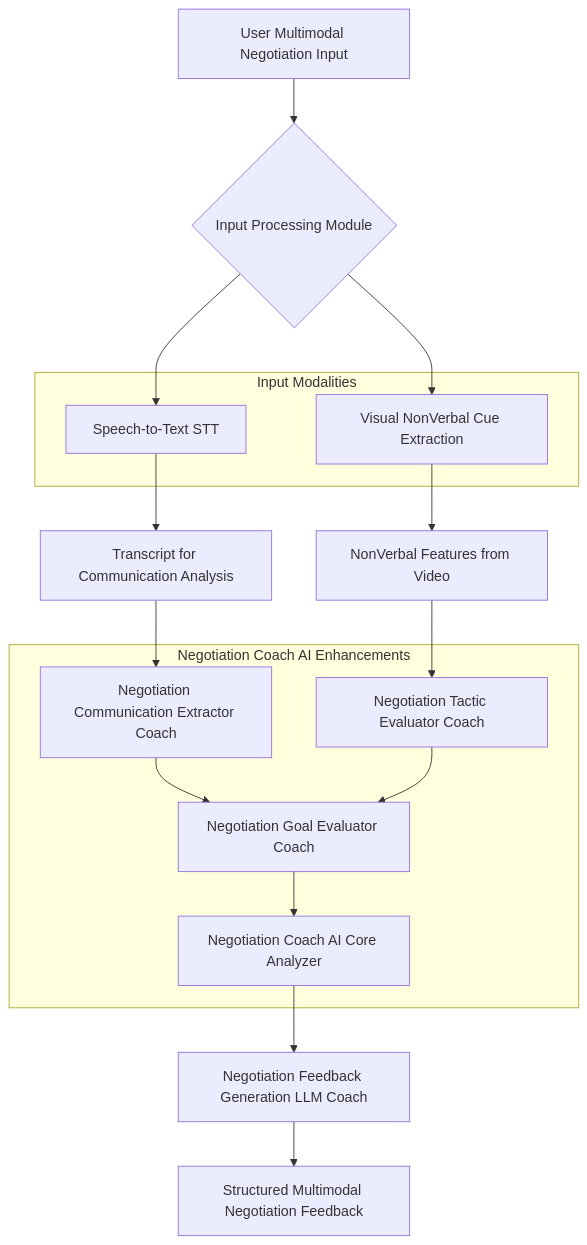
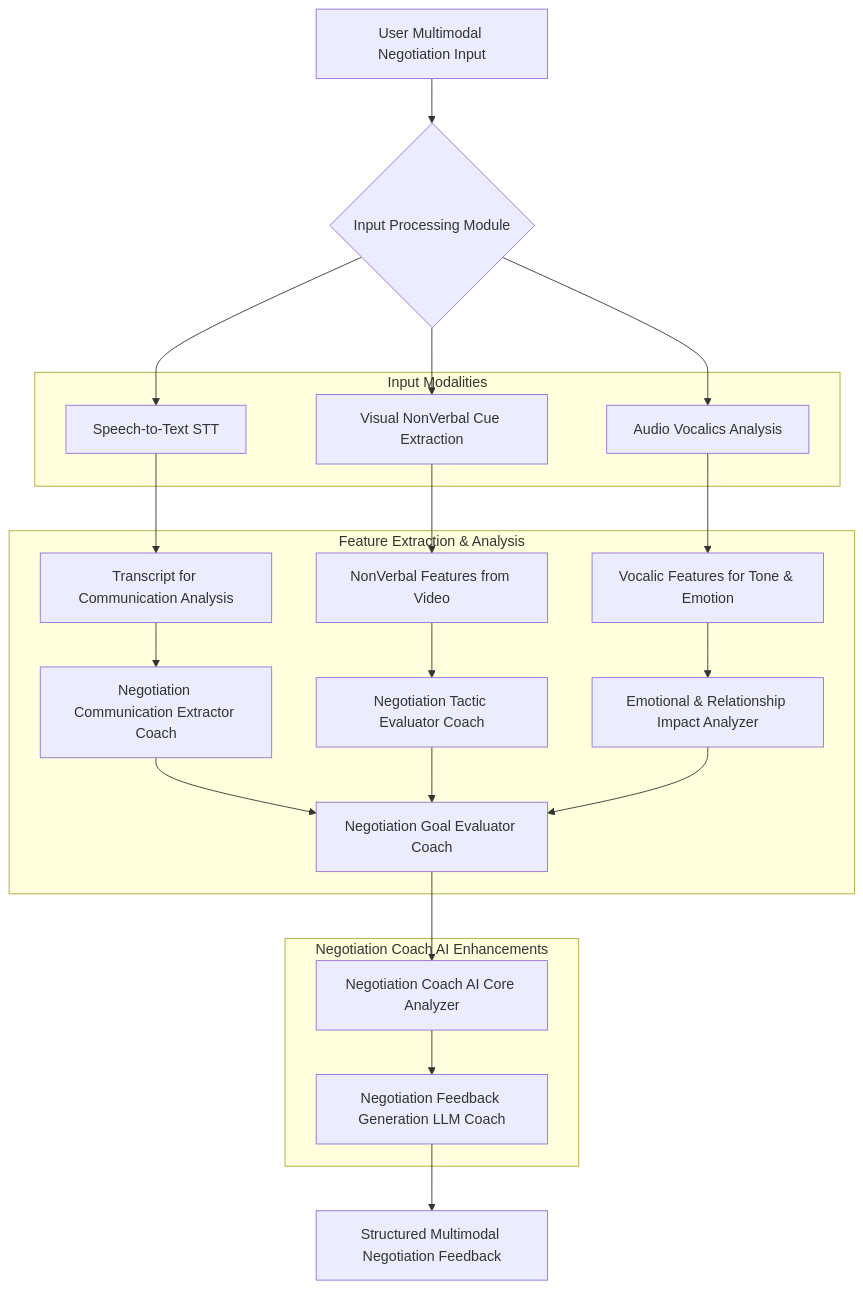
The fifth of 10 diagrams in inventions/inventions/020_adaptive_negotiation_training_simulation.md (diplomat-bit/Citibank_Demo_Business_Inc_Demonstration-), drawn with Mermaid before and after one commit. The commit also changed other lines of this file, not shown here.

Commit message:
[AI] Edit: inventions/inventions/020_adaptive_negotiation_training_simulation.md

````diff
--- a/inventions/inventions/020_adaptive_negotiation_training_simulation.md
+++ b/inventions/inventions/020_adaptive_negotiation_training_simulation.md
@@ -156,25 +181,37 @@
 ```mermaid
 graph TD
     A[User Multimodal Negotiation Input] --> B{Input Processing Module}
     B --> C[Speech-to-Text STT]
     B --> D[Visual NonVerbal Cue Extraction]
-    C --> E[Transcript for Communication Analysis]
-    D --> F[NonVerbal Features from Video]
-    E --> G[Negotiation Communication Extractor Coach]
-    F --> H[Negotiation Tactic Evaluator Coach]
-    G --> I[Negotiation Goal Evaluator Coach]
-    H --> I
-    I --> J[Negotiation Coach AI Core Analyzer]
-    J --> K[Negotiation Feedback Generation LLM Coach]
-    K --> L[Structured Multimodal Negotiation Feedback]
+    B --> E[Audio Vocalics Analysis]
+    C --> F[Transcript for Communication Analysis]
+    D --> G[NonVerbal Features from Video]
+    E --> H[Vocalic Features for Tone & Emotion]
+    F --> I[Negotiation Communication Extractor Coach]
+    G --> J[Negotiation Tactic Evaluator Coach]
+    H --> K[Emotional & Relationship Impact Analyzer]
+    I --> L[Negotiation Goal Evaluator Coach]
+    J --> L
+    K --> L
+    L --> M[Negotiation Coach AI Core Analyzer]
+    M --> N[Negotiation Feedback Generation LLM Coach]
+    N --> P[Structured Multimodal Negotiation Feedback]
     subgraph Input Modalities
         C
         D
+        E
     end
-    subgraph Negotiation Coach AI Enhancements
+    subgraph Feature Extraction & Analysis
+        F
         G
         H
         I
         J
+        K
+        L
+    end
+    subgraph Negotiation Coach AI Enhancements
+        M
+        N
     end
 ```
````
